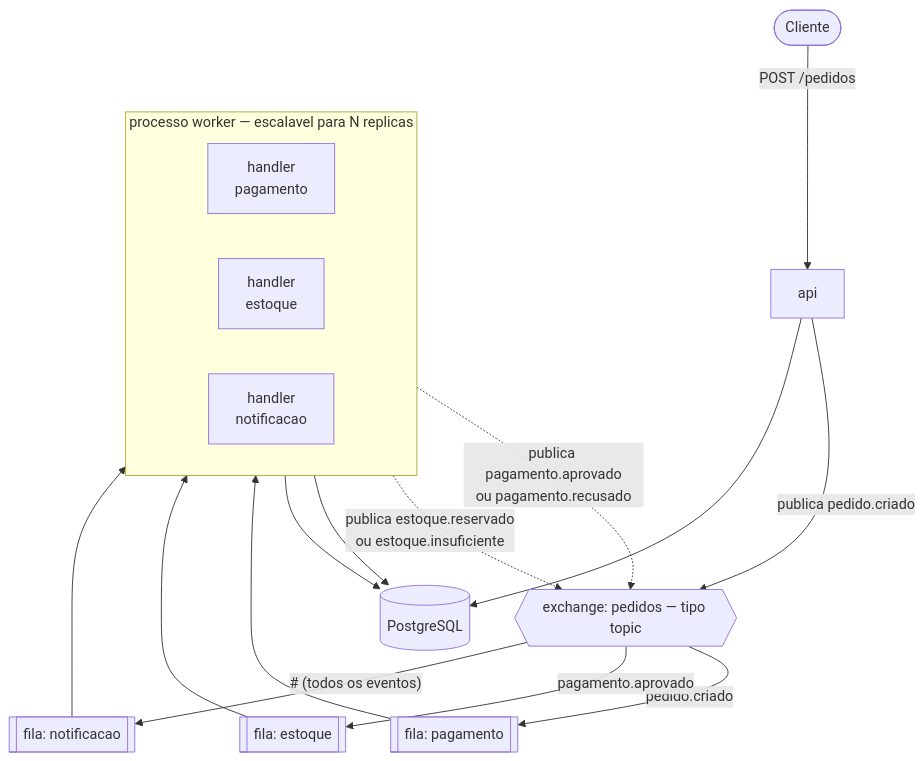
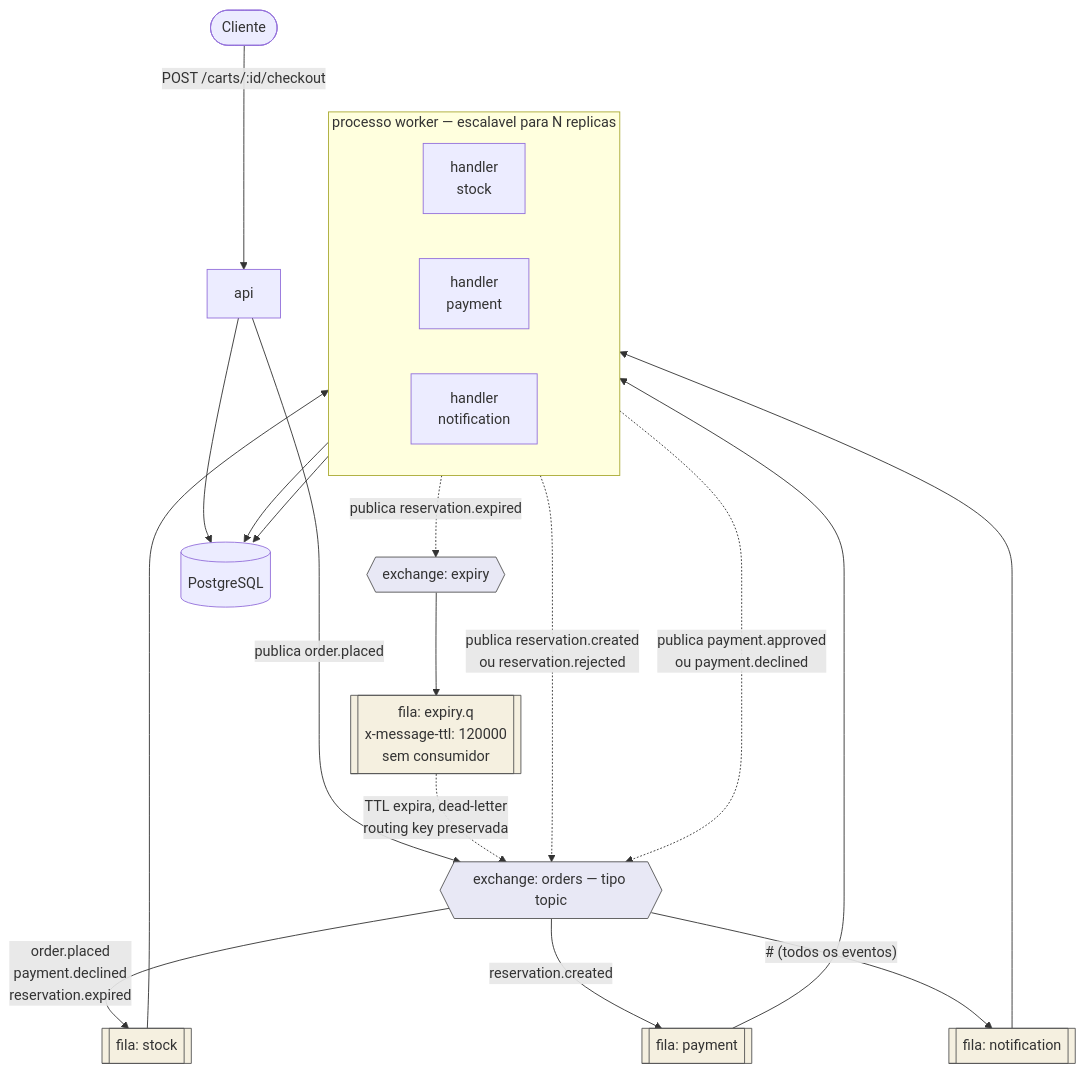
Before and after one commit to NicolasPaterno/message-queue-ecommerce: the first of 6 diagrams in docs/etapa2.md, drawn with Mermaid. The commit also changed other lines of this file, not shown here.

Commit message:
docs(etapa2): reserve stock before payment with ttl expiry and cas status

````diff
--- a/docs/etapa2.md
+++ b/docs/etapa2.md
@@ -20,22 +25,35 @@
 ```mermaid
 flowchart TB
-    CLI([Cliente]) -->|POST /pedidos| API[api]
-    API -->|publica pedido.criado| EX{{"exchange: pedidos — tipo topic"}}
-    EX -->|pedido.criado| QP[[fila: pagamento]]
-    EX -->|pagamento.aprovado| QE[[fila: estoque]]
-    EX -->|"#  (todos os eventos)"| QN[[fila: notificacao]]
+    CLI([Cliente]) -->|"POST /carts/:id/checkout"| API[api]
+    API -->|publica order.placed| EX{{"exchange: orders — tipo topic"}}
+
+    EX -->|"order.placed<br/>payment.declined<br/>reservation.expired"| QS[[fila: stock]]
+    EX -->|reservation.created| QP[[fila: payment]]
+    EX -->|"#  (todos os eventos)"| QN[[fila: notification]]
+
     subgraph W["processo worker — escalavel para N replicas"]
         direction LR
-        HP[handler<br/>pagamento]
-        HE[handler<br/>estoque]
-        HN[handler<br/>notificacao]
+        HS[handler<br/>stock]
+        HP[handler<br/>payment]
+        HN[handler<br/>notification]
     end
+
+    QS --> HS
     QP --> HP
-    QE --> HE
     QN --> HN
-    HP -.->|"publica pagamento.aprovado<br/>ou pagamento.recusado"| EX
-    HE -.->|"publica estoque.reservado<br/>ou estoque.insuficiente"| EX
+
+    HS -.->|"publica reservation.created<br/>ou reservation.rejected"| EX
+    HP -.->|"publica payment.approved<br/>ou payment.declined"| EX
+    HS -.->|publica reservation.expired| XE{{exchange: expiry}}
+    XE --> QX[["fila: expiry.q<br/>x-message-ttl: 120000<br/>sem consumidor"]]
+    QX -.->|"TTL expira, dead-letter<br/>routing key preservada"| EX
+
     API --> PG[(PostgreSQL)]
-    HE --> PG
-    HN --> PG
+    HS --> PG
+    HP --> PG
+
+    classDef ex fill:#e8e8f5,stroke:#555
+    classDef q fill:#f5f0e0,stroke:#555
+    class EX,XE ex
+    class QP,QS,QN,QX q
 ```
````
